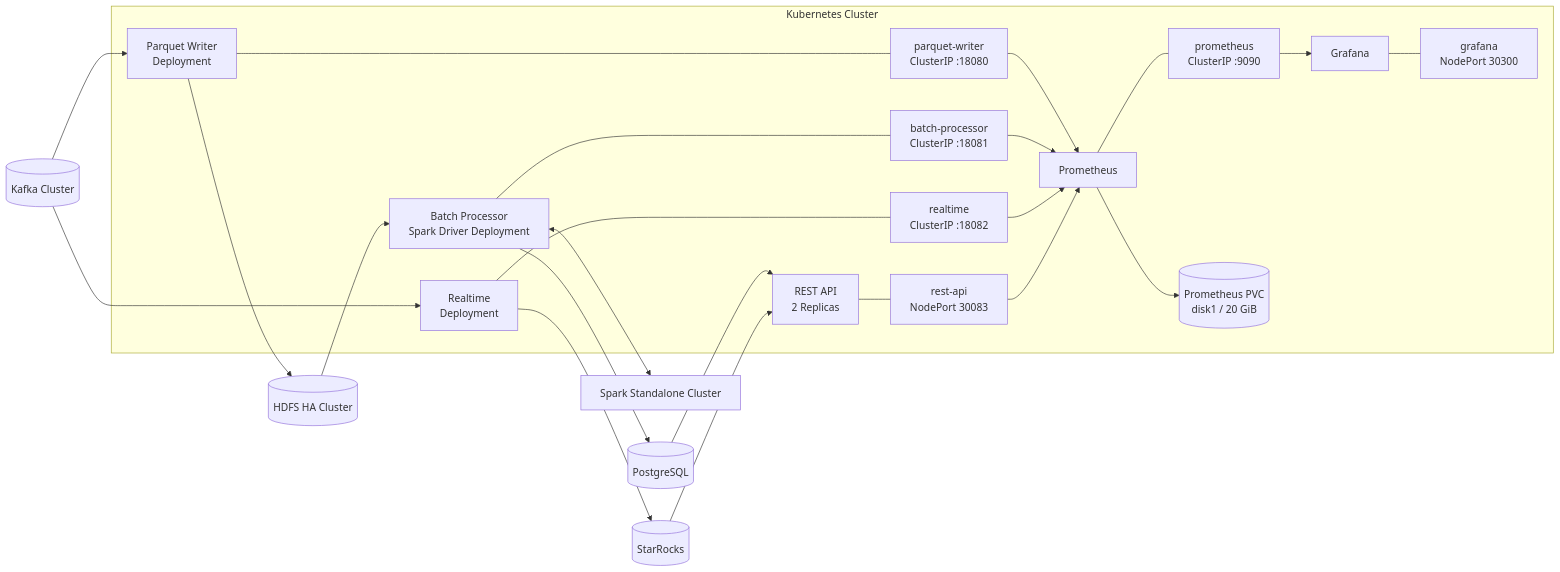
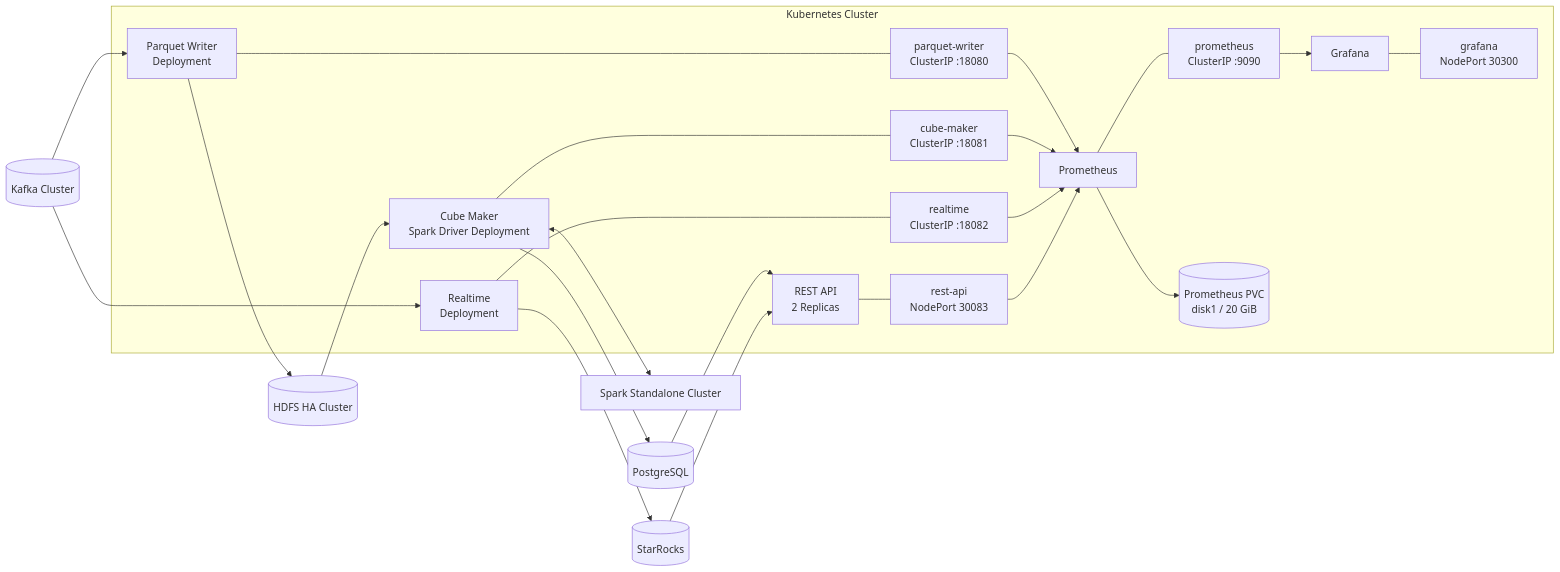
The first of 5 diagrams in docs/technical-report/week5/kubernetes-cluster.md (MahdyMokh7/distributed-netflow-analytics-platform), drawn with Mermaid before and after one commit. The commit also changed other lines of this file and 221 other files, not shown here.

Commit message:
refactor(cube-maker): rename batch-processor module to cube-maker and all the adjustments that should be made

````diff
--- a/docs/technical-report/week5/kubernetes-cluster.md
+++ b/docs/technical-report/week5/kubernetes-cluster.md
@@ -24,56 +24,56 @@
 ```mermaid
 flowchart LR
     Kafka[(Kafka Cluster)]
 
     subgraph Kubernetes["Kubernetes Cluster"]
         BI["Parquet Writer<br/>Deployment"]
-        BP["Batch Processor<br/>Spark Driver Deployment"]
+        BP["Cube Maker<br/>Spark Driver Deployment"]
         RT["Realtime<br/>Deployment"]
         API["REST API<br/>2 Replicas"]
 
         PROM["Prometheus"]
         GRAF["Grafana"]
 
         BISVC["parquet-writer<br/>ClusterIP :18080"]
-        BPSVC["batch-processor<br/>ClusterIP :18081"]
+        BPSVC["cube-maker<br/>ClusterIP :18081"]
         RTSVC["realtime<br/>ClusterIP :18082"]
         APISVC["rest-api<br/>NodePort 30083"]
         PROMSVC["prometheus<br/>ClusterIP :9090"]
         GRAFSVC["grafana<br/>NodePort 30300"]
 
         PVC[("Prometheus PVC<br/>disk1 / 20 GiB")]
     end
 
     HDFS[(HDFS HA Cluster)]
     SPARK["Spark Standalone Cluster"]
     PG[(PostgreSQL)]
     SR[(StarRocks)]
 
     Kafka --> BI
     BI --> HDFS
 
     HDFS --> BP
     BP <--> SPARK
     BP --> PG
 
     Kafka --> RT
     RT --> SR
 
     PG --> API
     SR --> API
 
     BI --- BISVC
     BP --- BPSVC
     RT --- RTSVC
     API --- APISVC
 
     BISVC --> PROM
     BPSVC --> PROM
     RTSVC --> PROM
     APISVC --> PROM
 
     PROM --- PROMSVC
     PROM --> PVC
     PROMSVC --> GRAF
     GRAF --- GRAFSVC
 ```
````
